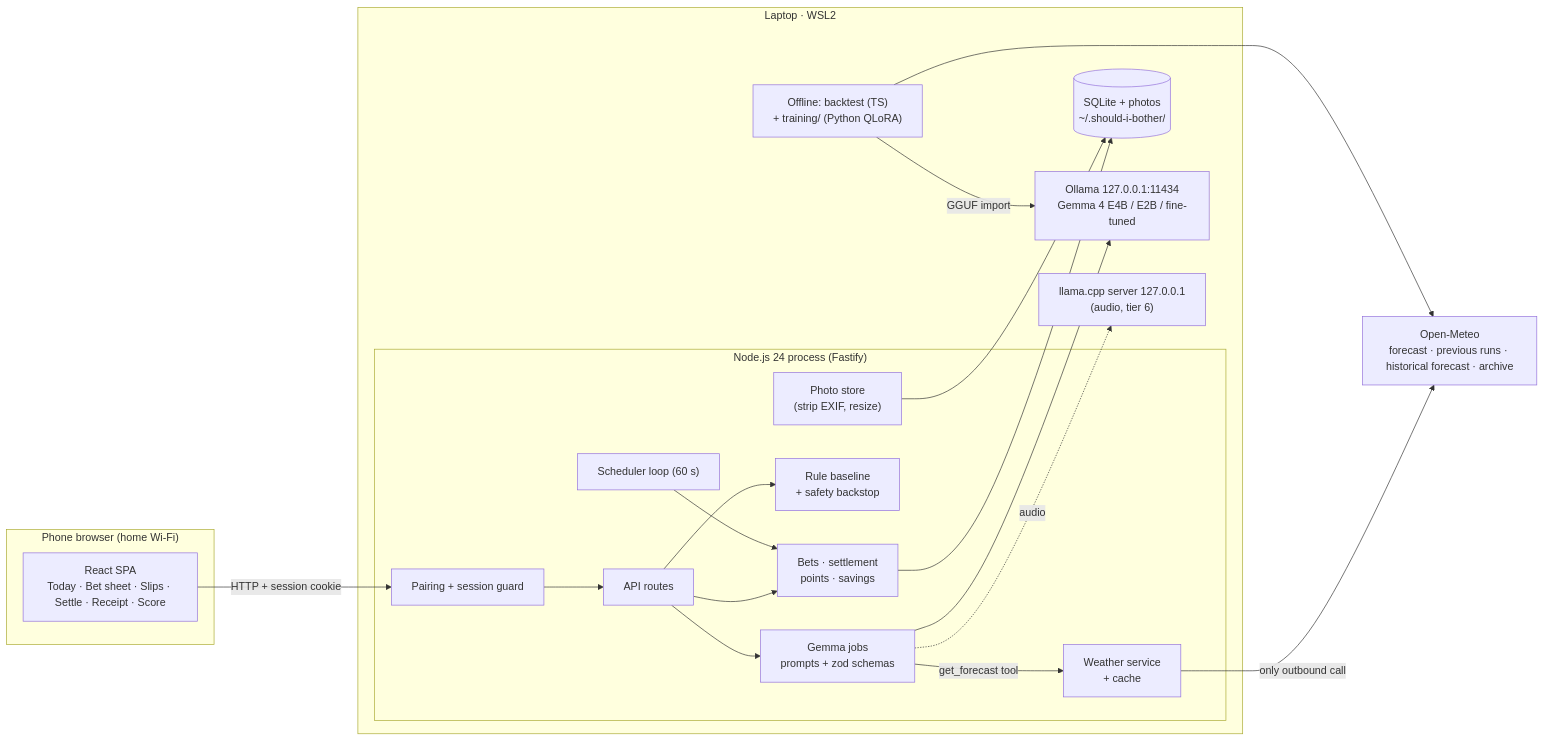
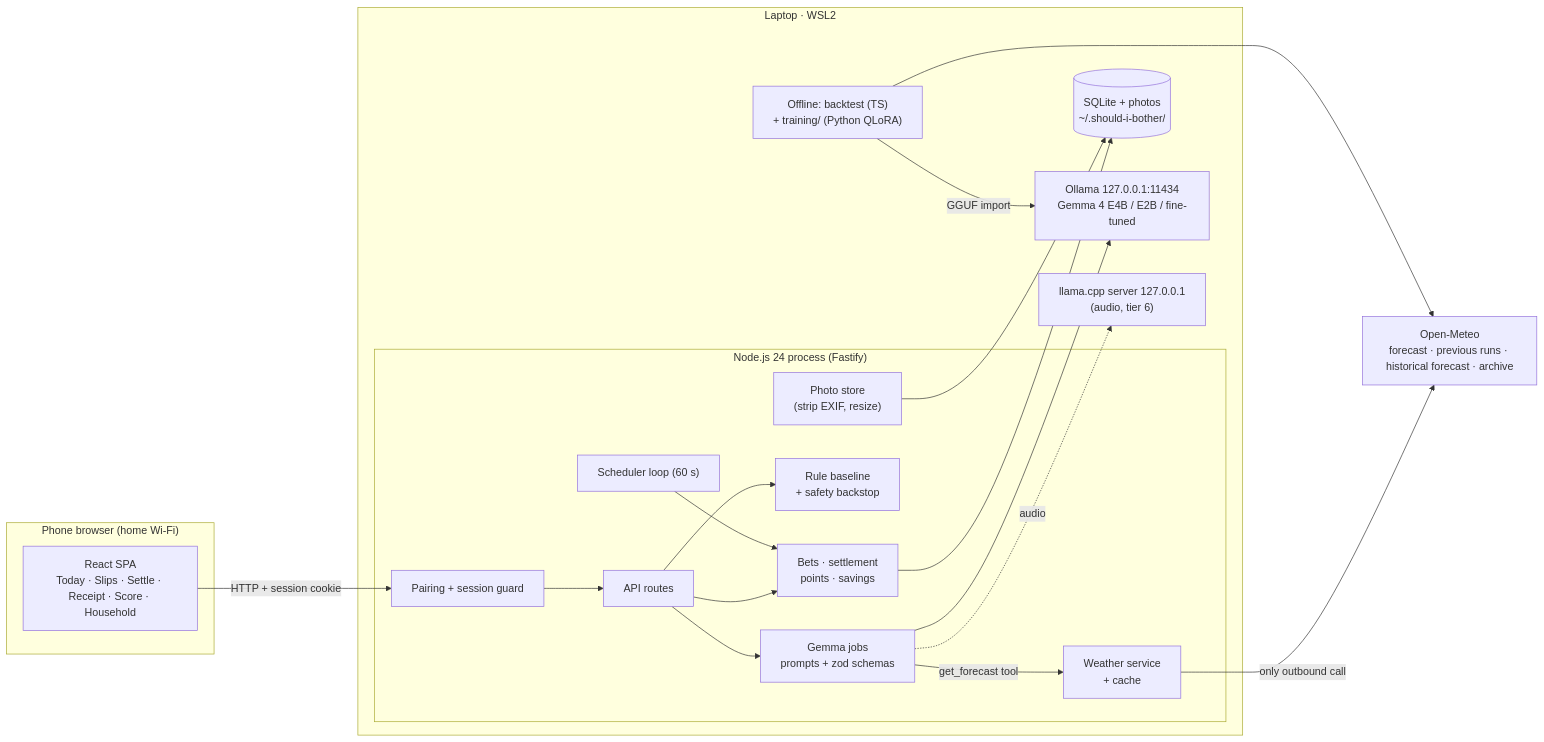
The diagram in docs/spec/design.md (adricasi/ShouldIBother), drawn with Mermaid before and after one commit. The commit also changed other lines of this file and 2 other files, not shown here.

````diff
--- a/docs/spec/design.md
+++ b/docs/spec/design.md
@@ -12,34 +12,34 @@
 ```mermaid
 flowchart LR
   subgraph Phone["Phone browser (home Wi-Fi)"]
-    SPA["React SPA\nToday · Bet sheet · Slips · Settle · Receipt · Score"]
+    SPA["React SPA\nToday · Slips · Settle · Receipt · Score · Household"]
   end
   subgraph Laptop["Laptop · WSL2"]
     subgraph Server["Node.js 24 process (Fastify)"]
       AUTH["Pairing + session guard"]
       API["API routes"]
       JOBS["Gemma jobs\nprompts + zod schemas"]
       RULE["Rule baseline\n+ safety backstop"]
       LEDGER["Bets · settlement\npoints · savings"]
       WX["Weather service\n+ cache"]
       SCHED["Scheduler loop (60 s)"]
       PHOTO["Photo store\n(strip EXIF, resize)"]
     end
     DB[("SQLite + photos\n~/.should-i-bother/")]
     OLLAMA["Ollama 127.0.0.1:11434\nGemma 4 E4B / E2B / fine-tuned"]
     LCPP["llama.cpp server 127.0.0.1\n(audio, tier 6)"]
     OFFLINE["Offline: backtest (TS)\n+ training/ (Python QLoRA)"]
   end
   OM["Open-Meteo\nforecast · previous runs · historical forecast · archive"]
   SPA -- "HTTP + session cookie" --> AUTH --> API
   API --> JOBS --> OLLAMA
   JOBS -. "audio" .-> LCPP
   JOBS -- "get_forecast tool" --> WX
   API --> RULE
   API --> LEDGER --> DB
   PHOTO --> DB
   SCHED --> LEDGER
   WX -- "only outbound call" --> OM
   OFFLINE --> OM
   OFFLINE -- "GGUF import" --> OLLAMA
 ```
````
